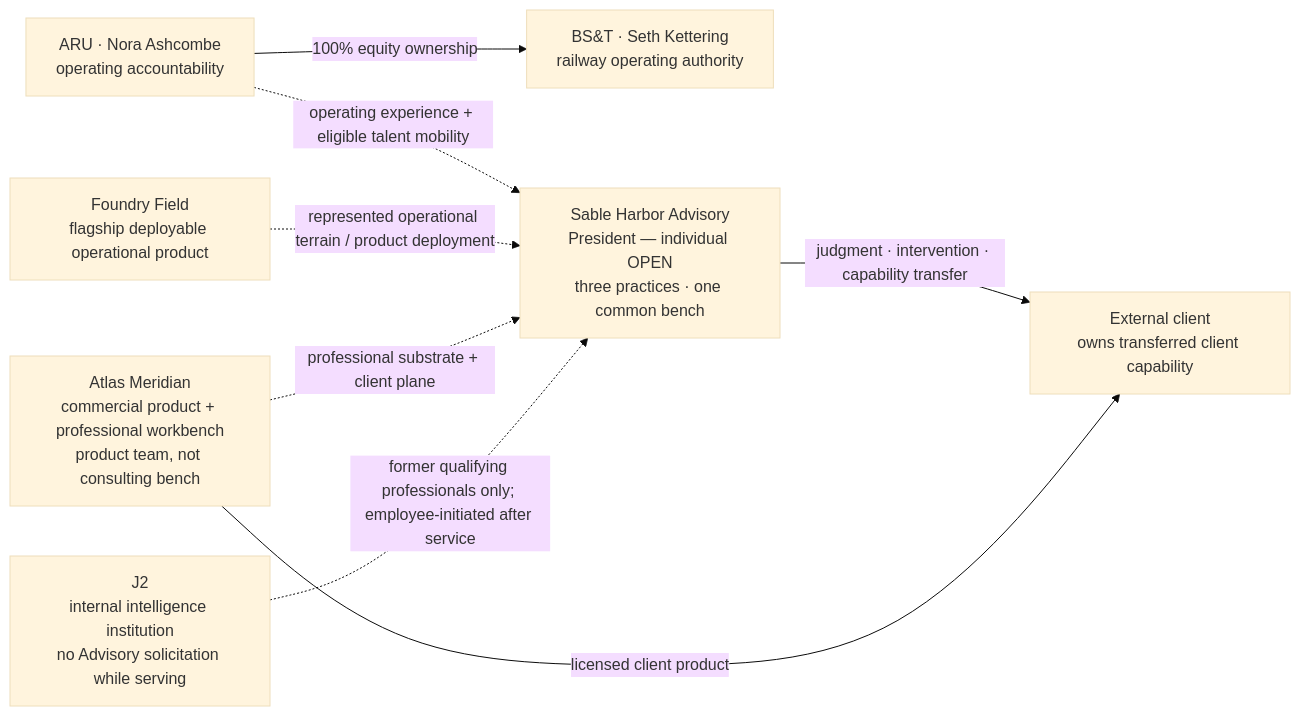
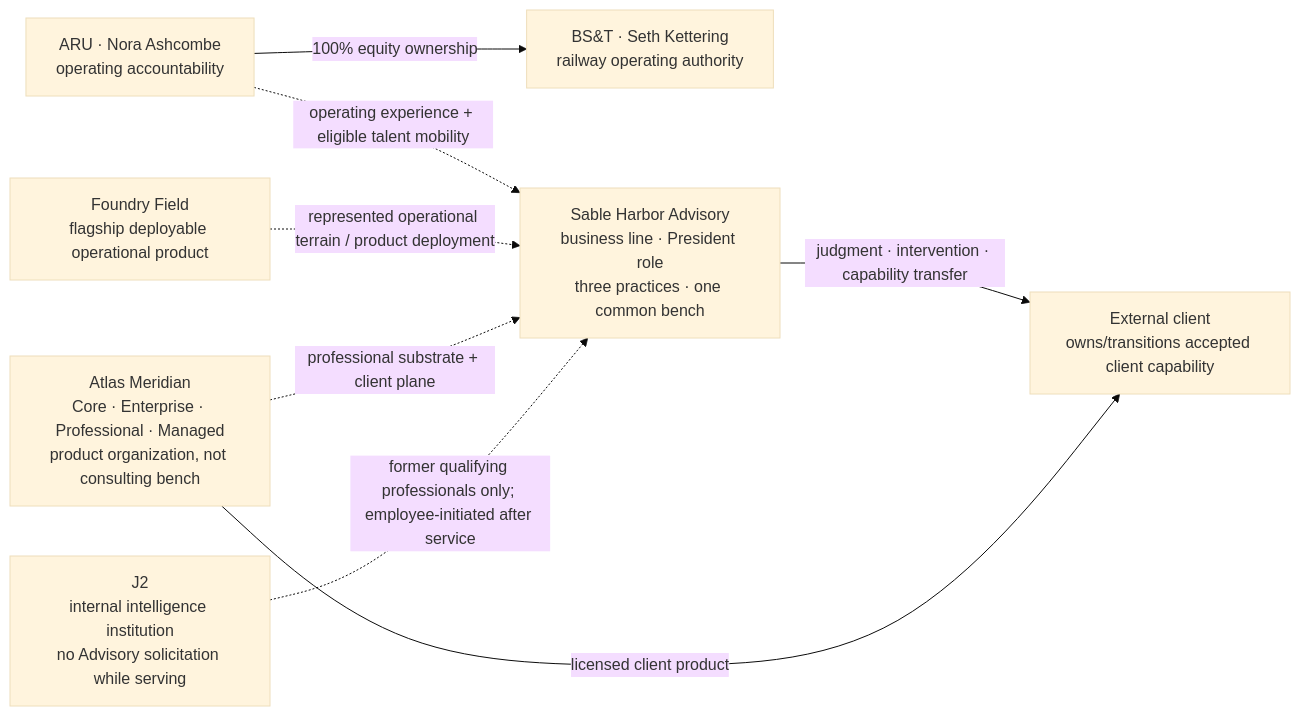
One commit to SquirmyWormy275/SABLEHARBOR changed the diagram in docs/organization/ARU_BST_AND_ADVISORY.md. Above: the diagram before and after it, drawn with Mermaid (base theme). The commit also changed other lines of this file, not shown here.

Commit message:
Reconcile organization map to mature Advisory architecture

````diff
--- a/docs/organization/ARU_BST_AND_ADVISORY.md
+++ b/docs/organization/ARU_BST_AND_ADVISORY.md
@@ -13,18 +13,18 @@
 ```mermaid
 flowchart LR
     ARU["ARU · Nora Ashcombe<br/>operating accountability"]
     BST["BS&T · Seth Kettering<br/>railway operating authority"]
     FIELD["Foundry Field<br/>flagship deployable operational product"]
-    ATLAS["Atlas Meridian<br/>commercial product + professional workbench<br/>product team, not consulting bench"]
+    ATLAS["Atlas Meridian<br/>Core · Enterprise · Professional · Managed<br/>product organization, not consulting bench"]
     J2["J2<br/>internal intelligence institution<br/>no Advisory solicitation while serving"]
-    ADV["Sable Harbor Advisory<br/>President — individual OPEN<br/>three practices · one common bench"]
-    CLIENT["External client<br/>owns transferred client capability"]
+    ADV["Sable Harbor Advisory<br/>business line · President role<br/>three practices · one common bench"]
+    CLIENT["External client<br/>owns/transitions accepted client capability"]
 
     ARU -->|100% equity ownership| BST
     ARU -.->|operating experience + eligible talent mobility| ADV
     FIELD -.->|represented operational terrain / product deployment| ADV
     ATLAS -.->|professional substrate + client plane| ADV
     J2 -.->|former qualifying professionals only; employee-initiated after service| ADV
     ADV -->|judgment · intervention · capability transfer| CLIENT
     ATLAS -->|licensed client product| CLIENT
 ```
````
